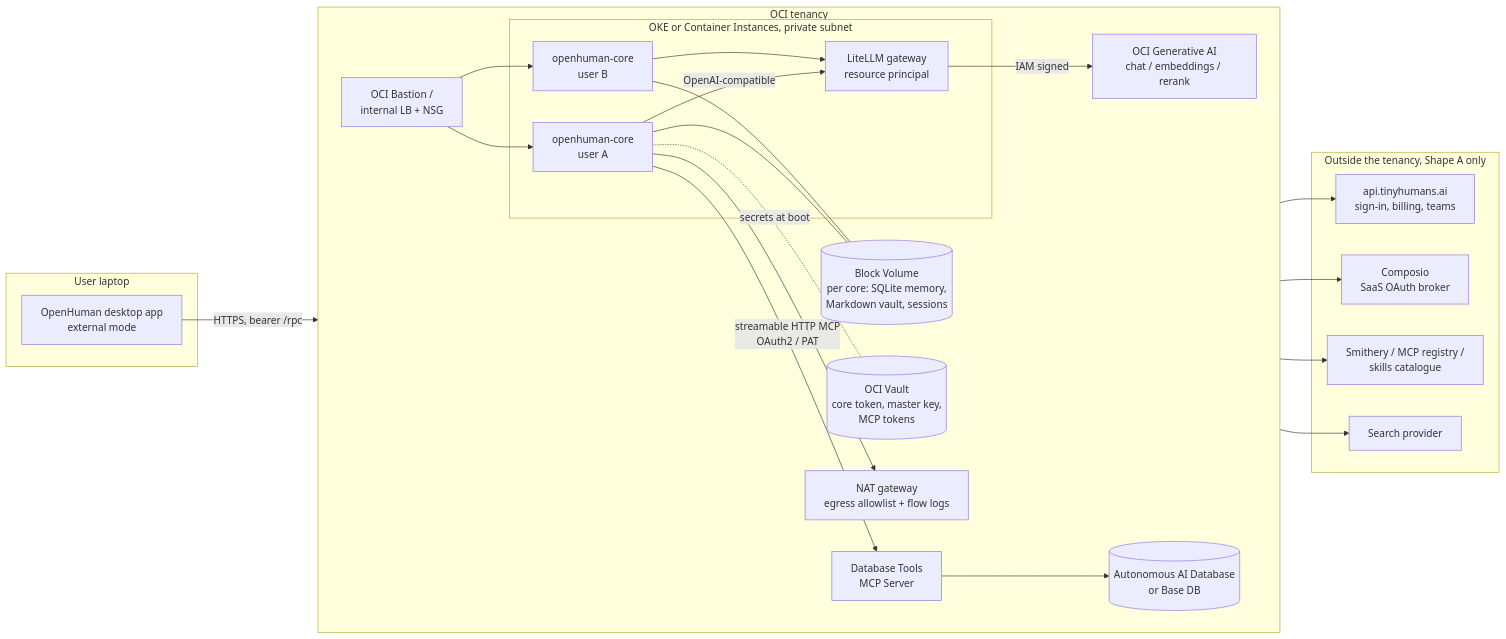
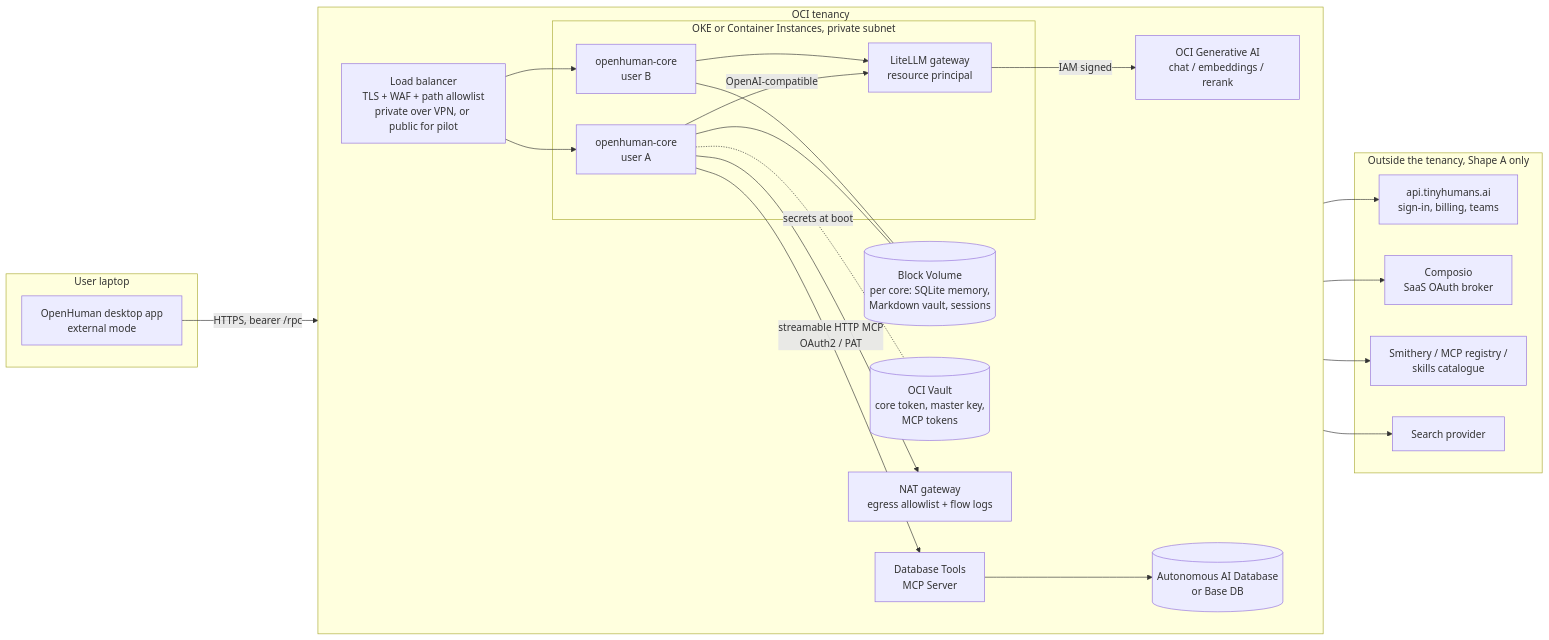
The diagram in docs/ARCHITECTURE.md (kamelhar/openhuman-oci), drawn with Mermaid before and after one commit. The commit also changed other lines of this file, not shown here.

Commit message:
Add user stories; replace Bastion with load balancer path allowlist for client access

````diff
--- a/docs/ARCHITECTURE.md
+++ b/docs/ARCHITECTURE.md
@@ -66,43 +87,43 @@
 ```mermaid
 flowchart LR
   subgraph client[User laptop]
     app[OpenHuman desktop app<br/>external mode]
   end
 
   subgraph oci[OCI tenancy]
     direction LR
-    bastion[OCI Bastion /<br/>internal LB + NSG]
+    bastion[Load balancer<br/>TLS + WAF + path allowlist<br/>private over VPN, or public for pilot]
     subgraph okens[OKE or Container Instances, private subnet]
       core1[openhuman-core<br/>user A]
       core2[openhuman-core<br/>user B]
       llm[LiteLLM gateway<br/>resource principal]
     end
     bv[(Block Volume<br/>per core: SQLite memory,<br/>Markdown vault, sessions)]
     vault[(OCI Vault<br/>core token, master key,<br/>MCP tokens)]
     genai[OCI Generative AI<br/>chat / embeddings / rerank]
     dbtools[Database Tools<br/>MCP Server]
     adb[(Autonomous AI Database<br/>or Base DB)]
     nat[NAT gateway<br/>egress allowlist + flow logs]
   end
 
   subgraph ext[Outside the tenancy, Shape A only]
     th[api.tinyhumans.ai<br/>sign-in, billing, teams]
     composio[Composio<br/>SaaS OAuth broker]
     reg[Smithery / MCP registry /<br/>skills catalogue]
     search[Search provider]
   end
 
   app -- "HTTPS, bearer /rpc" --> bastion --> core1
   bastion --> core2
   core1 --- bv
   core2 --- bv
   core1 -. "secrets at boot" .- vault
   core1 -- "OpenAI-compatible" --> llm -- "IAM signed" --> genai
   core2 --> llm
   core1 -- "streamable HTTP MCP<br/>OAuth2 / PAT" --> dbtools --> adb
   core1 --> nat
   nat --> th
   nat --> composio
   nat --> reg
   nat --> search
 ```
````
